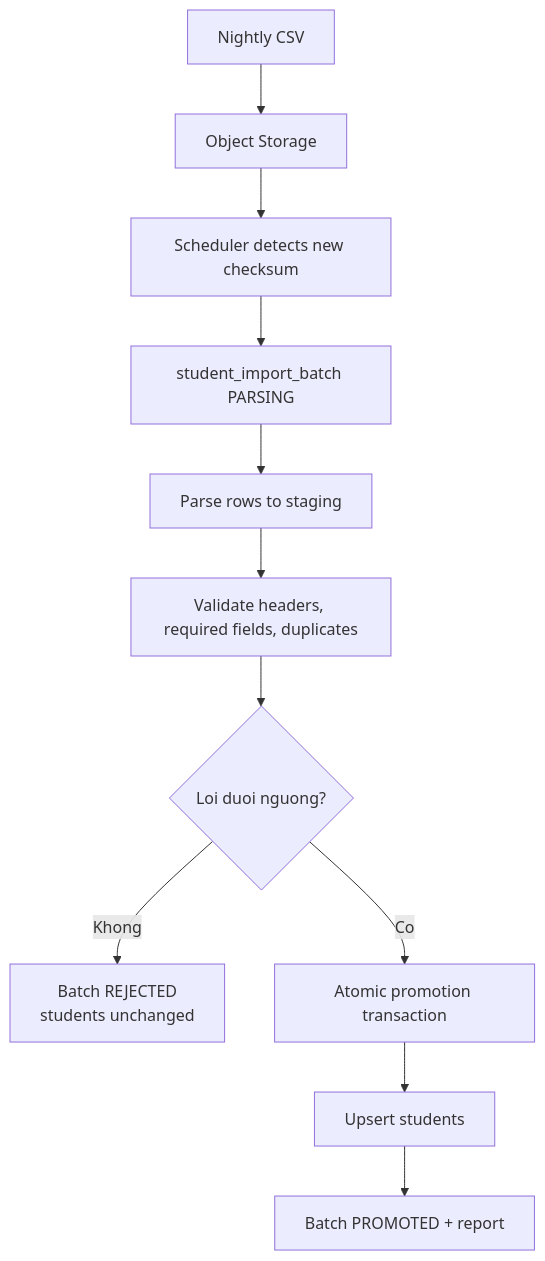
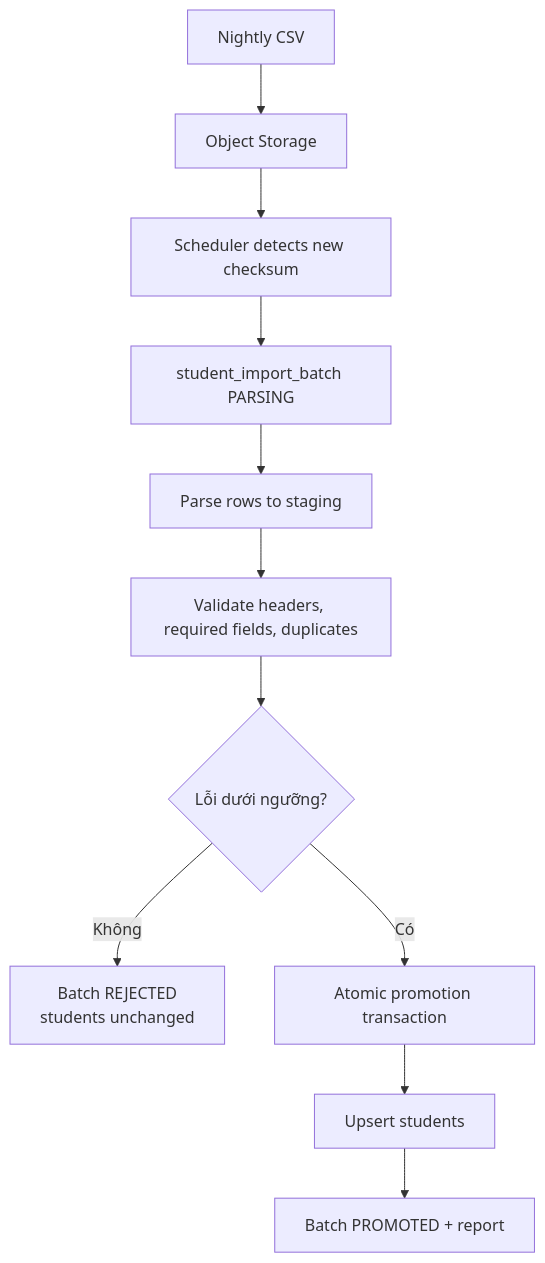
One commit to NTTH7419/TKPMFinal changed the fifth of 6 diagrams in docs/blueprint/README.md. Above: the diagram before and after it, drawn with Mermaid. The commit also changed other lines of this file and 2 other files, not shown here.

````diff
--- a/docs/blueprint/README.md
+++ b/docs/blueprint/README.md
@@ -231,13 +231,13 @@
 ```mermaid
 flowchart TB
     CSV["Nightly CSV"] --> Storage["Object Storage"]
     Storage --> Scheduler["Scheduler detects new checksum"]
     Scheduler --> Batch["student_import_batch PARSING"]
     Batch --> Parse["Parse rows to staging"]
     Parse --> Validate["Validate headers, required fields, duplicates"]
-    Validate --> Decision{"Loi duoi nguong?"}
-    Decision -->|"Khong"| Reject["Batch REJECTED\nstudents unchanged"]
-    Decision -->|"Co"| Promote["Atomic promotion transaction"]
+    Validate --> Decision{"Lỗi dưới ngưỡng?"}
+    Decision -->|"Không"| Reject["Batch REJECTED\nstudents unchanged"]
+    Decision -->|"Có"| Promote["Atomic promotion transaction"]
     Promote --> Students["Upsert students"]
     Students --> Done["Batch PROMOTED + report"]
 ```
````
